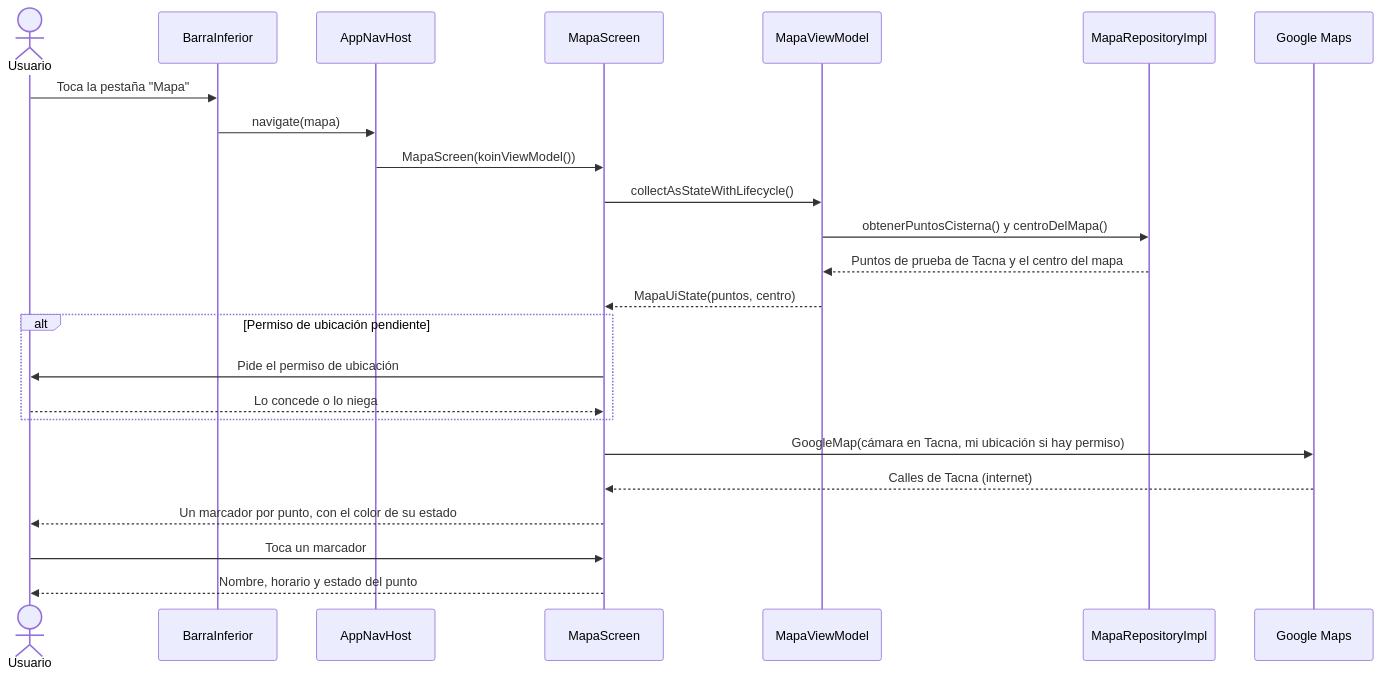
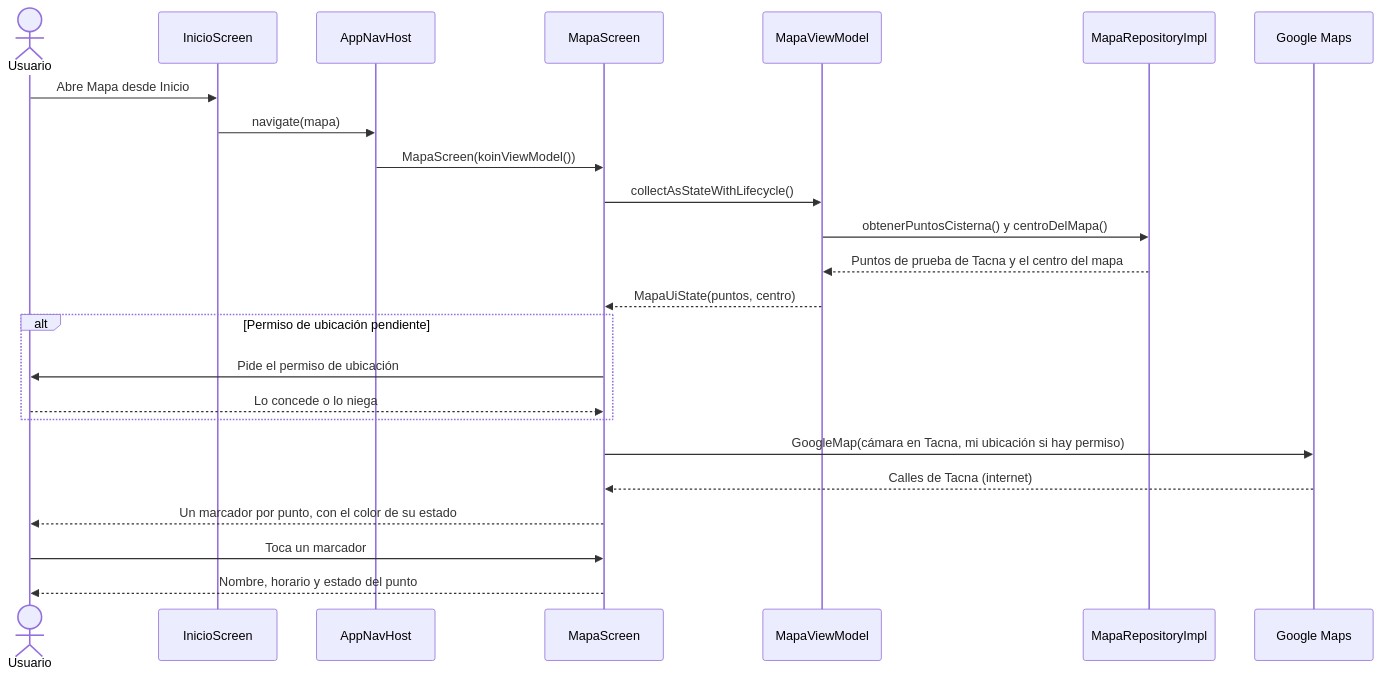
One commit to Cristhian465/Aguarda changed diagram 12 of 22 in informes/FD04-SAD.md. Above: the diagram before and after it, drawn with Mermaid. The commit also changed other lines of this file and 33 other files, not shown here.

````diff
--- a/informes/FD04-SAD.md
+++ b/informes/FD04-SAD.md
@@ -463,26 +463,26 @@
 ```mermaid
 sequenceDiagram
     actor U as Usuario
-    participant BI as BarraInferior
+    participant HOME as InicioScreen
     participant NAV as AppNavHost
     participant S as MapaScreen
     participant VM as MapaViewModel
     participant R as MapaRepositoryImpl
     participant GM as Google Maps
-    U->>BI: Toca la pestaña "Mapa"
-    BI->>NAV: navigate(mapa)
+    U->>HOME: Abre Mapa desde Inicio
+    HOME->>NAV: navigate(mapa)
     NAV->>S: MapaScreen(koinViewModel())
     S->>VM: collectAsStateWithLifecycle()
     VM->>R: obtenerPuntosCisterna() y centroDelMapa()
     R-->>VM: Puntos de prueba de Tacna y el centro del mapa
     VM-->>S: MapaUiState(puntos, centro)
     alt Permiso de ubicación pendiente
         S->>U: Pide el permiso de ubicación
         U-->>S: Lo concede o lo niega
     end
     S->>GM: GoogleMap(cámara en Tacna, mi ubicación si hay permiso)
     GM-->>S: Calles de Tacna (internet)
     S-->>U: Un marcador por punto, con el color de su estado
     U->>S: Toca un marcador
     S-->>U: Nombre, horario y estado del punto
 ```
````
